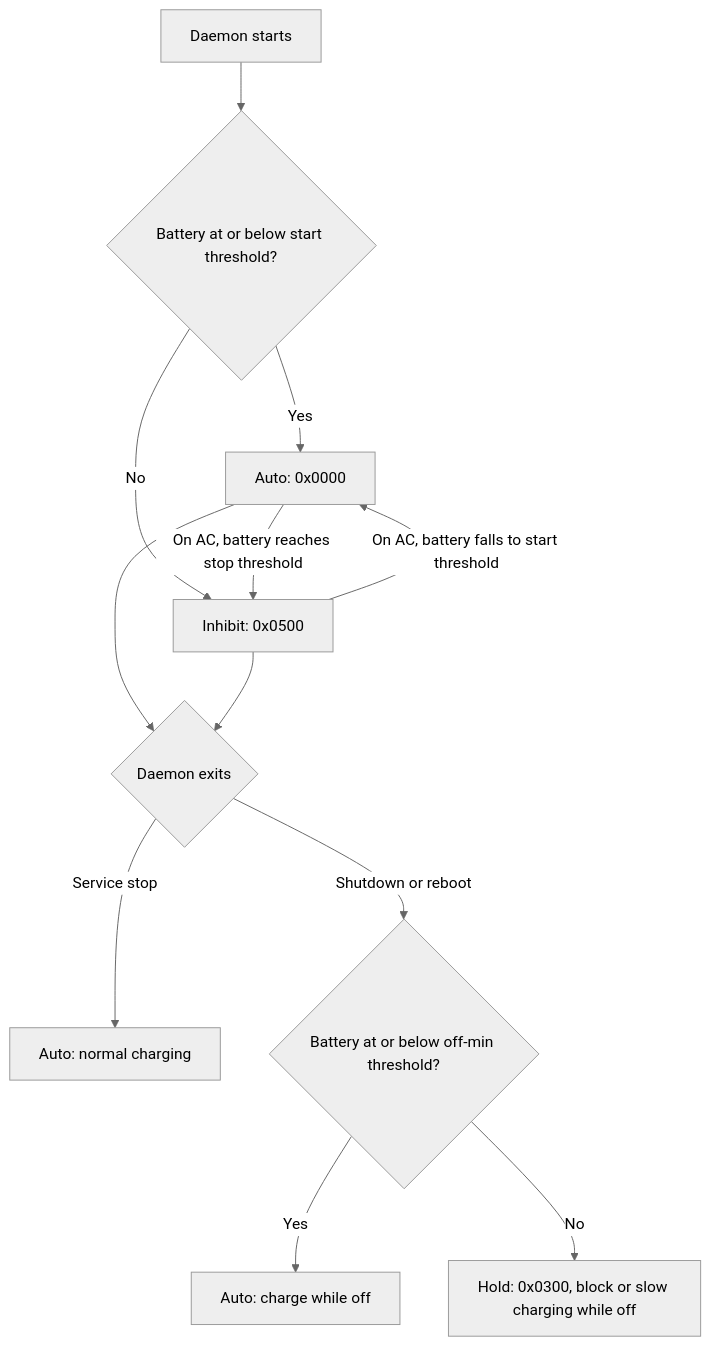
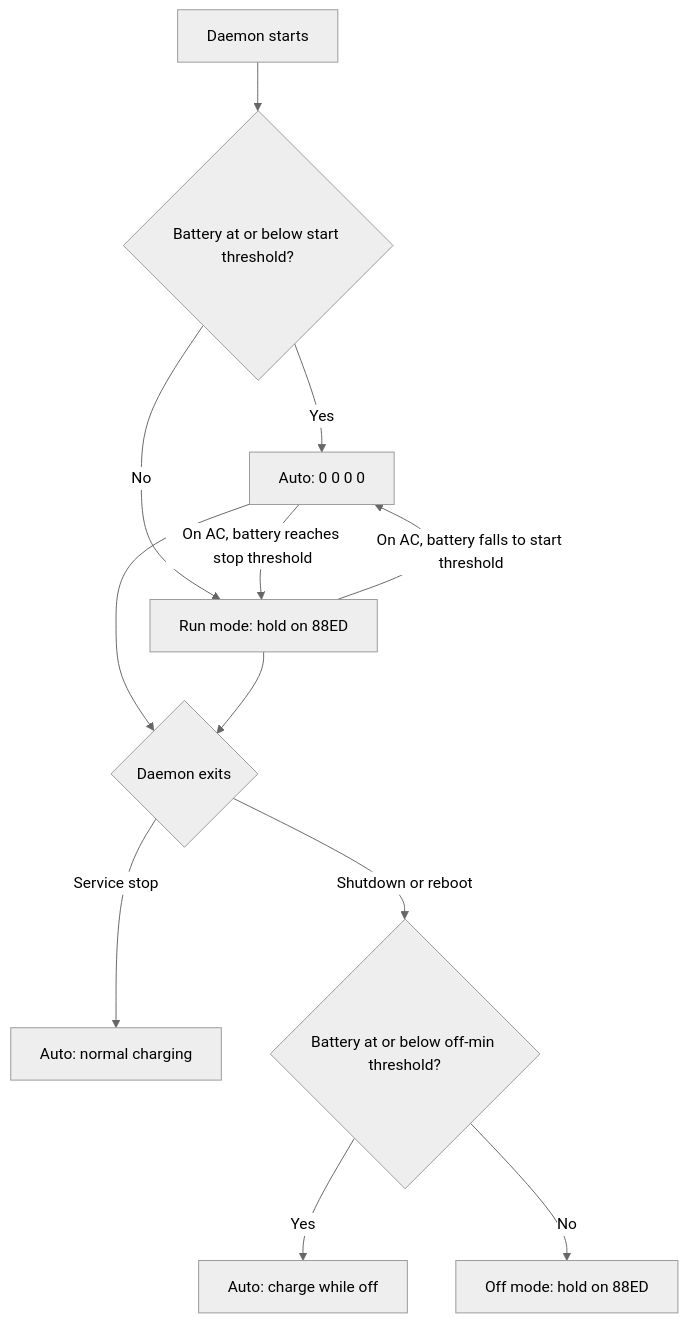
One commit to Ziggs25/hp-charge-limit-rs changed the diagram in README.md. Above: the diagram before and after it, drawn with Mermaid (neutral theme). The commit also changed other lines of this file and 22 other files, not shown here.

````diff
--- a/README.md
+++ b/README.md
@@ -125,14 +121,14 @@
 ```mermaid
 flowchart TD
     Start[Daemon starts] --> Capacity{Battery at or below start threshold?}
-    Capacity -->|Yes| Auto[Auto: 0x0000]
-    Capacity -->|No| Inhibit[Inhibit: 0x0500]
-    Auto -->|On AC, battery reaches stop threshold| Inhibit
-    Inhibit -->|On AC, battery falls to start threshold| Auto
+    Capacity -->|Yes| Auto[Auto: 0 0 0 0]
+    Capacity -->|No| Limit[Run mode: hold on 88ED]
+    Auto -->|On AC, battery reaches stop threshold| Limit
+    Limit -->|On AC, battery falls to start threshold| Auto
     Auto --> Exit{Daemon exits}
-    Inhibit --> Exit
+    Limit --> Exit
     Exit -->|Service stop| Stock[Auto: normal charging]
     Exit -->|Shutdown or reboot| Low{Battery at or below off-min threshold?}
     Low -->|Yes| ChargeOff[Auto: charge while off]
-    Low -->|No| Hold[Hold: 0x0300, block or slow charging while off]
+    Low -->|No| Hold[Off mode: hold on 88ED]
 ```
````
